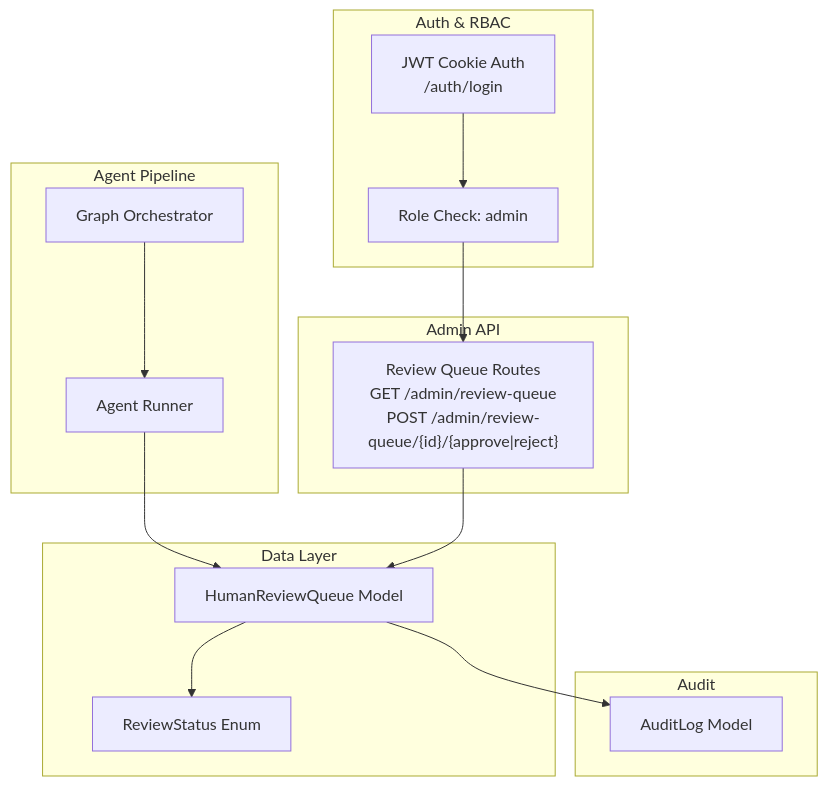
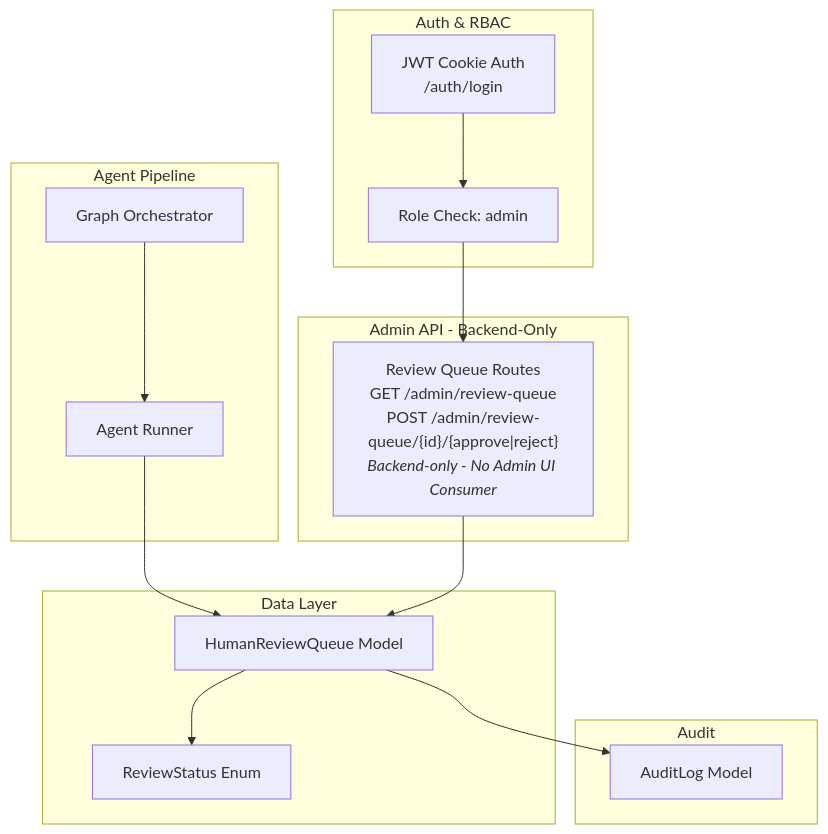
One commit to genes8/private-ai changed the first of 7 diagrams in .qoder/repowiki/en/content/API Reference/Administrative API/Human Review Queue API.md. Above: the diagram before and after it, drawn with Mermaid. The commit also changed other lines of this file and 12 other files, not shown here.

````diff
--- a/.qoder/repowiki/en/content/API Reference/Administrative API/Human Review Queue API.md
+++ b/.qoder/repowiki/en/content/API Reference/Administrative API/Human Review Queue API.md
@@ -33,28 +46,28 @@
 ```mermaid
 graph TB
-subgraph "Admin API"
-RQ["Review Queue Routes<br/>GET /admin/review-queue<br/>POST /admin/review-queue/{id}/{approve|reject}"]
+subgraph "Admin API - Backend-Only"
+RQ["Review Queue Routes<br/>GET /admin/review-queue<br/>POST /admin/review-queue/{id}/{approve|reject}<br/><i>Backend-only - No Admin UI Consumer</i>"]
 end
 subgraph "Auth & RBAC"
 AUTH["JWT Cookie Auth<br/>/auth/login"]
 RBAC["Role Check: admin"]
 end
 subgraph "Agent Pipeline"
 GR["Graph Orchestrator"]
 AR["Agent Runner"]
 end
 subgraph "Data Layer"
 HRQ["HumanReviewQueue Model"]
 ENUM["ReviewStatus Enum"]
 end
 subgraph "Audit"
 AL["AuditLog Model"]
 end
 AUTH --> RBAC
 RBAC --> RQ
 GR --> AR
 AR --> HRQ
 HRQ --> ENUM
 RQ --> HRQ
 HRQ --> AL
 ```
````
